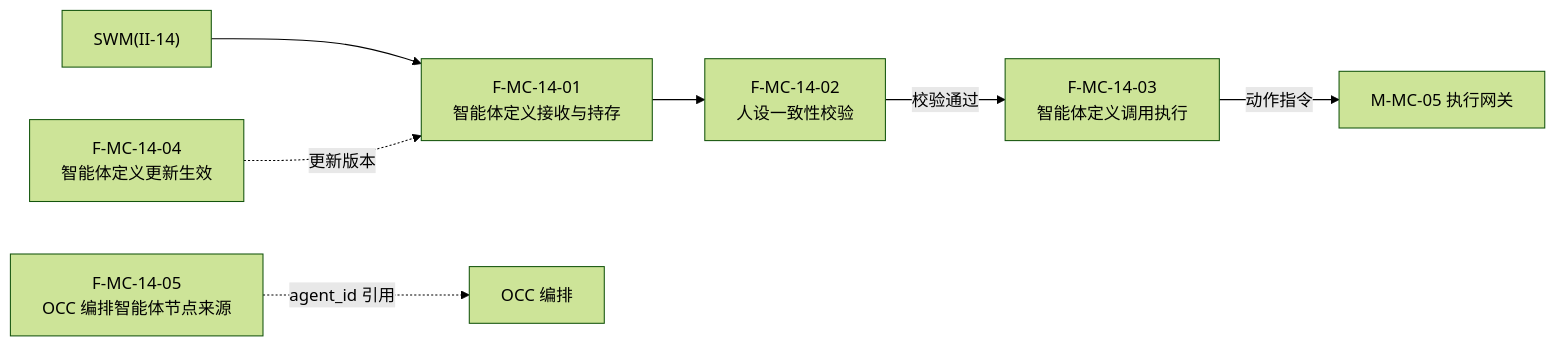
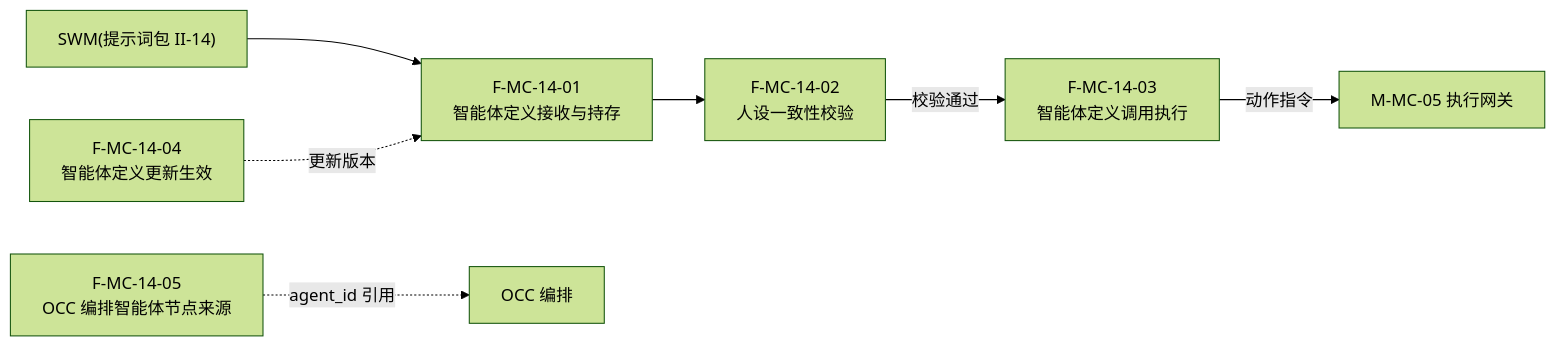
One commit to Sj-g/obsidian changed diagram 21 of 49 in 公司项目/认知作战/文档/软件概要设计-架构图.md. Above: the diagram before and after it, drawn with Mermaid (forest theme). The commit also changed other lines of this file and 4 other files, not shown here.

````diff
--- a/公司项目/认知作战/文档/软件概要设计-架构图.md
+++ b/公司项目/认知作战/文档/软件概要设计-架构图.md
@@ -417,15 +417,15 @@
 ```mermaid
 flowchart LR
     F1401["F-MC-14-01<br/>智能体定义接收与持存"]
     F1402["F-MC-14-02<br/>人设一致性校验"]
     F1403["F-MC-14-03<br/>智能体定义调用执行"]
     F1404["F-MC-14-04<br/>智能体定义更新生效"]
     F1405["F-MC-14-05<br/>OCC 编排智能体节点来源"]
 
-    SWM["SWM(II-14)"] --> F1401
+    SWM["SWM(提示词包 II-14)"] --> F1401
     F1401 --> F1402
     F1402 -->|"校验通过"| F1403
     F1403 -->|"动作指令"| EXT["M-MC-05 执行网关"]
     F1404 -.->|"更新版本"| F1401
     F1405 -.->|"agent_id 引用"| OCC["OCC 编排"]
 ```
````
